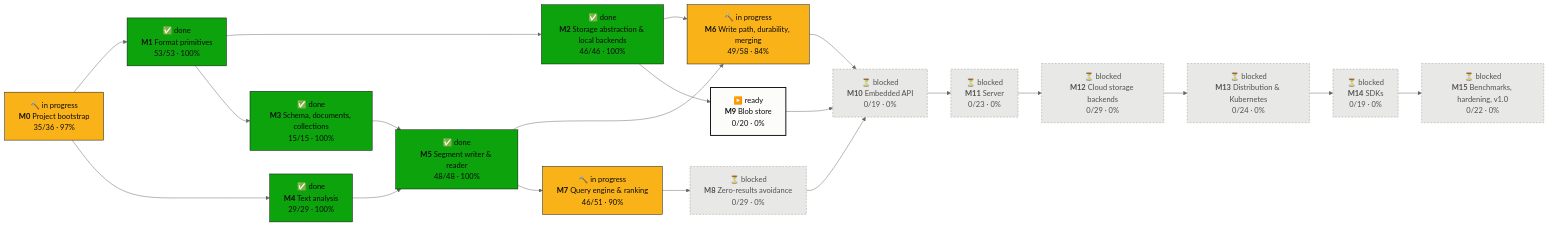
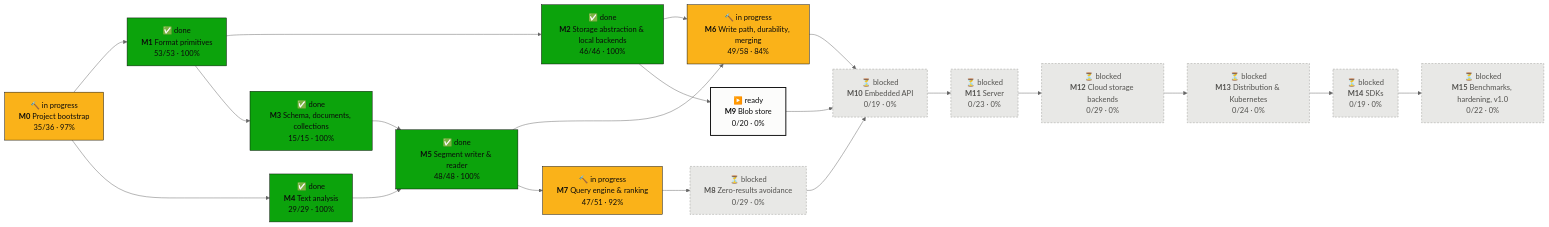
Before and after one commit to tomiok/persiaDB: the first of 2 diagrams in PROGRESS.md, drawn with Mermaid (neutral theme). The commit also changed other lines of this file and 14 other files, not shown here.

First line of the commit message:
Block-max AND and ReqOpt pruning for bool queries (ROADMAP 7.4.8) (#72)

````diff
--- a/PROGRESS.md
+++ b/PROGRESS.md
@@ -16,42 +16,42 @@
 ```mermaid
 flowchart LR
   M0["🔨 in progress<br/><b>M0</b> Project bootstrap<br/>35/36 · 97%"]:::doing
   M1["✅ done<br/><b>M1</b> Format primitives<br/>53/53 · 100%"]:::done
   M2["✅ done<br/><b>M2</b> Storage abstraction & local backends<br/>46/46 · 100%"]:::done
   M3["✅ done<br/><b>M3</b> Schema, documents, collections<br/>15/15 · 100%"]:::done
   M4["✅ done<br/><b>M4</b> Text analysis<br/>29/29 · 100%"]:::done
   M5["✅ done<br/><b>M5</b> Segment writer & reader<br/>48/48 · 100%"]:::done
   M6["🔨 in progress<br/><b>M6</b> Write path, durability, merging<br/>49/58 · 84%"]:::doing
-  M7["🔨 in progress<br/><b>M7</b> Query engine & ranking<br/>46/51 · 90%"]:::doing
+  M7["🔨 in progress<br/><b>M7</b> Query engine & ranking<br/>47/51 · 92%"]:::doing
   M8["⏳ blocked<br/><b>M8</b> Zero-results avoidance<br/>0/29 · 0%"]:::blocked
   M9["▶️ ready<br/><b>M9</b> Blob store<br/>0/20 · 0%"]:::ready
   M10["⏳ blocked<br/><b>M10</b> Embedded API<br/>0/19 · 0%"]:::blocked
   M11["⏳ blocked<br/><b>M11</b> Server<br/>0/23 · 0%"]:::blocked
   M12["⏳ blocked<br/><b>M12</b> Cloud storage backends<br/>0/29 · 0%"]:::blocked
   M13["⏳ blocked<br/><b>M13</b> Distribution & Kubernetes<br/>0/24 · 0%"]:::blocked
   M14["⏳ blocked<br/><b>M14</b> SDKs<br/>0/19 · 0%"]:::blocked
   M15["⏳ blocked<br/><b>M15</b> Benchmarks, hardening, v1.0<br/>0/22 · 0%"]:::blocked
   M0 --> M1
   M1 --> M2
   M1 --> M3
   M0 --> M4
   M3 --> M5
   M4 --> M5
   M2 --> M6
   M5 --> M6
   M5 --> M7
   M7 --> M8
   M2 --> M9
   M6 --> M10
   M8 --> M10
   M9 --> M10
   M10 --> M11
   M11 --> M12
   M12 --> M13
   M13 --> M14
   M14 --> M15
   classDef done fill:#0ca30c,stroke:#0b0b0b,color:#0b0b0b
   classDef doing fill:#fab219,stroke:#0b0b0b,color:#0b0b0b
   classDef ready fill:#fcfcfb,stroke:#0b0b0b,stroke-width:2px,color:#0b0b0b
   classDef blocked fill:#e8e8e6,stroke:#9a9a96,stroke-dasharray:4 3,color:#52514e
 ```
````
